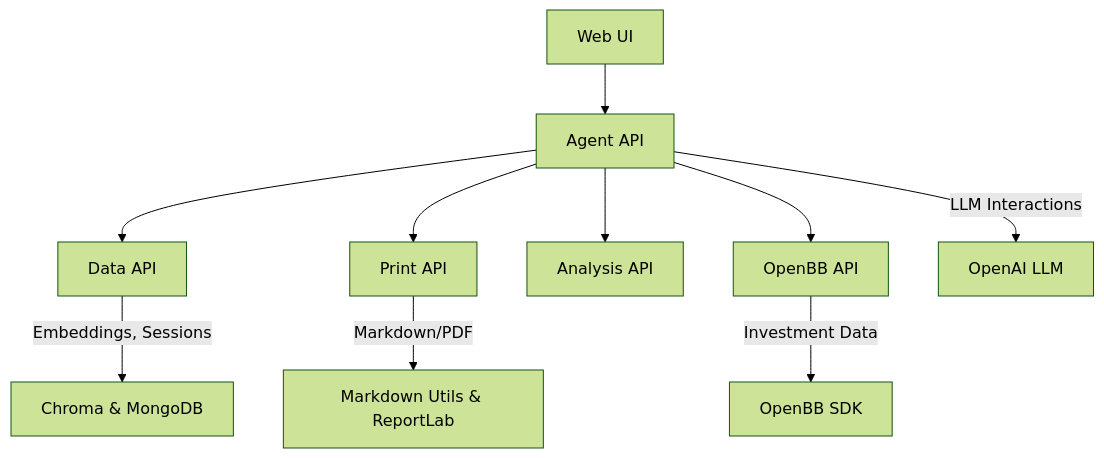
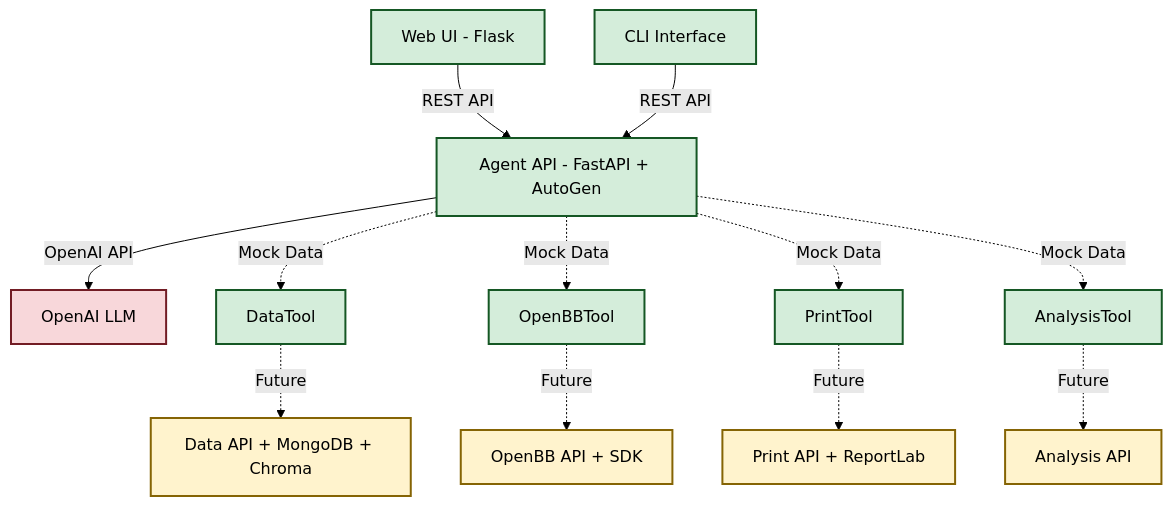
Before and after one commit to axler8r/InvestRCompose: the diagram in docs/architecture.md, drawn with Mermaid (forest theme). The commit also changed other lines of this file, not shown here.

Commit message:
doc: updated architecture documentation

````diff
--- a/docs/architecture.md
+++ b/docs/architecture.md
@@ -66,13 +108,32 @@
 ```mermaid
 flowchart TD
-    A[Web UI]
-    A --> B[Agent API]
-    B --> C[Data API]
-    B --> D[Print API]
-    B --> E[Analysis API]
-    B --> F[OpenBB API]
-    B -->|LLM Interactions| G[OpenAI LLM]
-    C -->|Embeddings, Sessions| C1[Chroma & MongoDB]
-    D -->|Markdown/PDF| D1[Markdown Utils & ReportLab]
-    F -->|Investment Data| F1[OpenBB SDK]
+    A[Web UI - Flask]
+    B[Agent API - FastAPI + AutoGen]
+    C[CLI Interface]
+
+    %% Current Implementation (Solid lines)
+    A -->|REST API| B
+    C -->|REST API| B
+    B -->|OpenAI API| G[OpenAI LLM]
+
+    %% Integrated Tools (Dashed lines - Mock Data)
+    B -.->|Mock Data| T1[DataTool]
+    B -.->|Mock Data| T2[OpenBBTool]
+    B -.->|Mock Data| T3[PrintTool]
+    B -.->|Mock Data| T4[AnalysisTool]
+
+    %% Future Services (Dotted lines)
+    T1 -.->|Future| D[Data API + MongoDB + Chroma]
+    T2 -.->|Future| O[OpenBB API + SDK]
+    T3 -.->|Future| P[Print API + ReportLab]
+    T4 -.->|Future| An[Analysis API]
+
+    %% Styling
+    classDef implemented fill:#d4edda,stroke:#155724,stroke-width:2px
+    classDef planned fill:#fff3cd,stroke:#856404,stroke-width:2px
+    classDef external fill:#f8d7da,stroke:#721c24,stroke-width:2px
+
+    class A,B,C,T1,T2,T3,T4 implemented
+    class D,O,P,An planned
+    class G external
 ```
````
